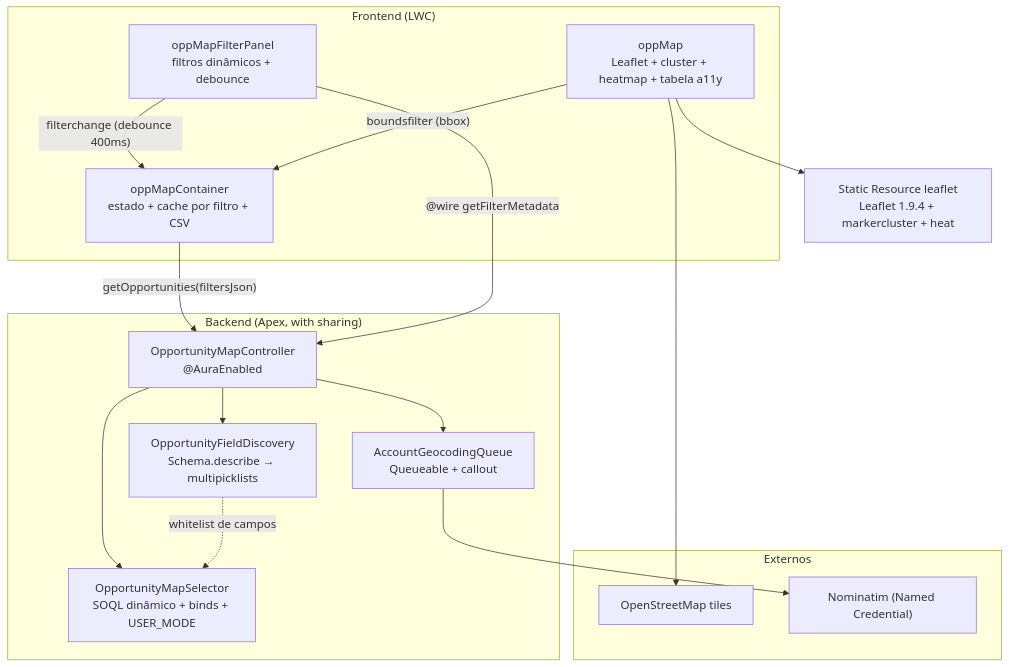
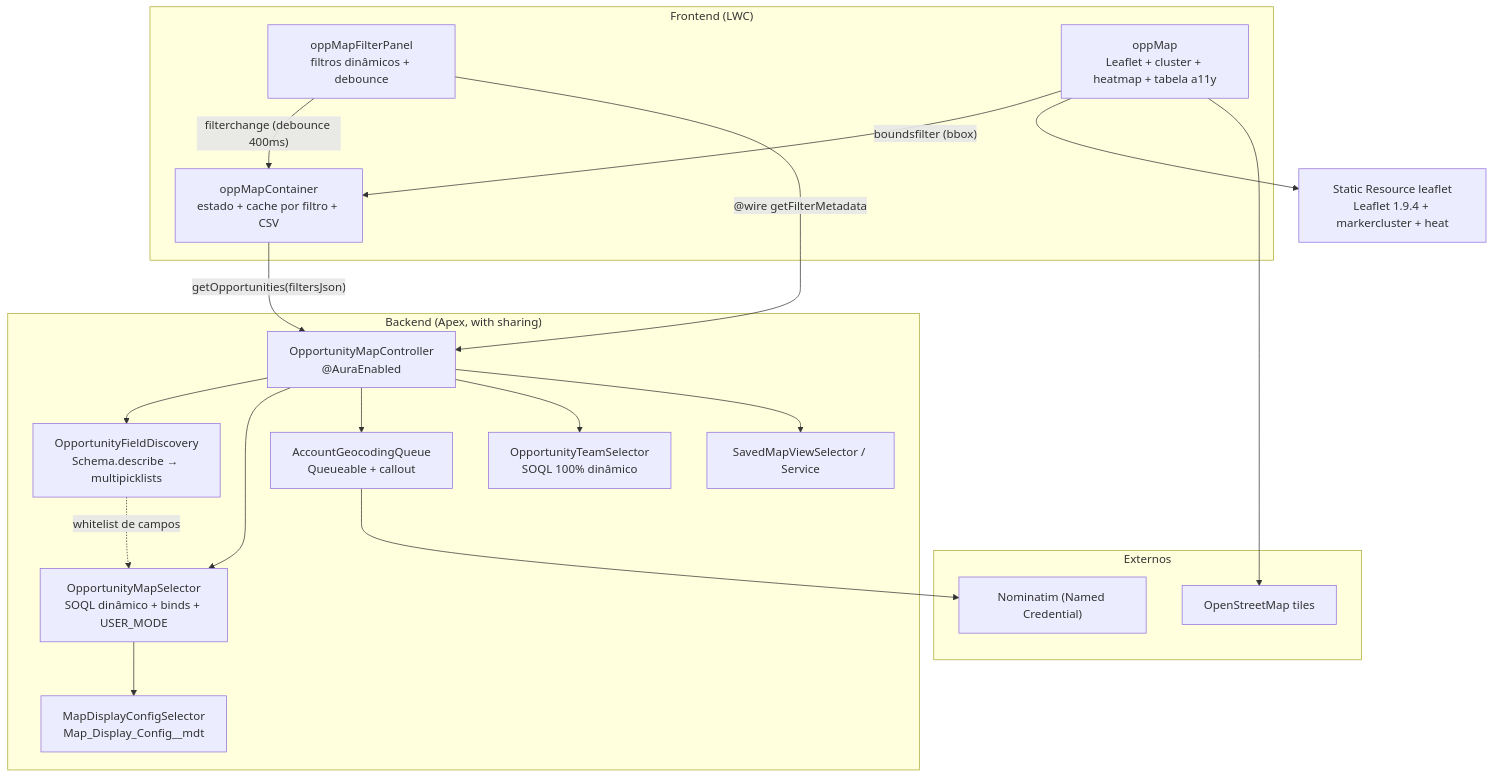
The diagram in README.md (witorlomazzi/opp-map), drawn with Mermaid before and after one commit. The commit also changed other lines of this file and 35 other files, not shown here.

First line of the commit message:
feat: restructure Opportunity Map with account panel, age coloring, saved views

````diff
--- a/README.md
+++ b/README.md
@@ -11,33 +11,39 @@
 ```mermaid
 flowchart TB
     subgraph LWC["Frontend (LWC)"]
         CONT["oppMapContainer<br/>estado + cache por filtro + CSV"]
         PANEL["oppMapFilterPanel<br/>filtros dinâmicos + debounce"]
         MAP["oppMap<br/>Leaflet + cluster + heatmap + tabela a11y"]
     end
 
     subgraph Apex["Backend (Apex, with sharing)"]
         CTRL["OpportunityMapController<br/>@AuraEnabled"]
         DISC["OpportunityFieldDiscovery<br/>Schema.describe → multipicklists"]
         SEL["OpportunityMapSelector<br/>SOQL dinâmico + binds + USER_MODE"]
         GEO["AccountGeocodingQueue<br/>Queueable + callout"]
+        CFG["MapDisplayConfigSelector<br/>Map_Display_Config__mdt"]
+        TEAM["OpportunityTeamSelector<br/>SOQL 100% dinâmico"]
+        VIEW["SavedMapViewSelector / Service"]
     end
 
     subgraph Ext["Externos"]
         OSM["OpenStreetMap tiles"]
         NOM["Nominatim (Named Credential)"]
     end
 
     SR["Static Resource leaflet<br/>Leaflet 1.9.4 + markercluster + heat"]
 
     PANEL -- "filterchange (debounce 400ms)" --> CONT
     MAP -- "boundsfilter (bbox)" --> CONT
     CONT -- "getOpportunities(filtersJson)" --> CTRL
     PANEL -- "@wire getFilterMetadata" --> CTRL
     CTRL --> DISC
     CTRL --> SEL
     DISC -.->|whitelist de campos| SEL
     CTRL --> GEO --> NOM
+    CTRL --> TEAM
+    CTRL --> VIEW
+    SEL --> CFG
     MAP --> SR
     MAP --> OSM
 ```
````
